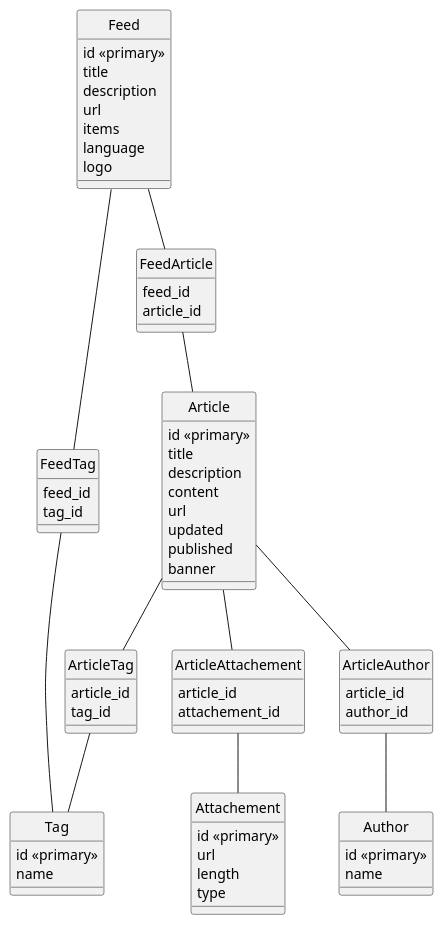
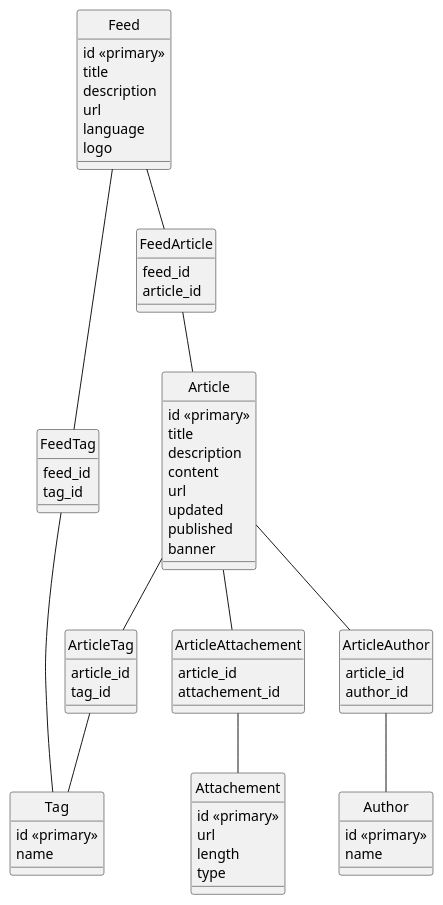
Before and after one commit to xbc5/sumo: the diagram in design/db/erd.puml, drawn with PlantUML. The commit also changed 4 other files, not shown here.

```diff
--- a/design/db/erd.puml
+++ b/design/db/erd.puml
@@ -1,81 +1,80 @@
 @startuml
 hide circle
 
 entity Feed {
   id <<primary>>
   title
   description
   url
-  items
   language
   logo
 }
 
 entity FeedArticle {
   feed_id
   article_id
 }
 
 entity Article {
   id <<primary>>
 	title
 	description
 	content
   url
 	updated
 	published
 	banner
 }
 
 entity ArticleAuthor {
   article_id
   author_id
 }
 
 entity Author {
   id <<primary>>
   name
 }
 
 entity ArticleTag {
   article_id
   tag_id
 }
 
 entity FeedTag {
   feed_id
   tag_id
 }
 
 entity Tag {
   id <<primary>>
   name
 }
 
 entity ArticleAttachement {
   article_id
   attachement_id
 }
 
 entity Attachement {
   id <<primary>>
   url
   length
   type
 }
 
 Article -- ArticleAuthor
 ArticleAuthor -- Author
 
 Article -- ArticleTag
 ArticleTag -- Tag
 
 Feed -- FeedTag
 FeedTag -- Tag
 
 Feed -- FeedArticle
 FeedArticle -- Article
 
 Article -- ArticleAttachement
 ArticleAttachement -- Attachement
 @enduml
```
